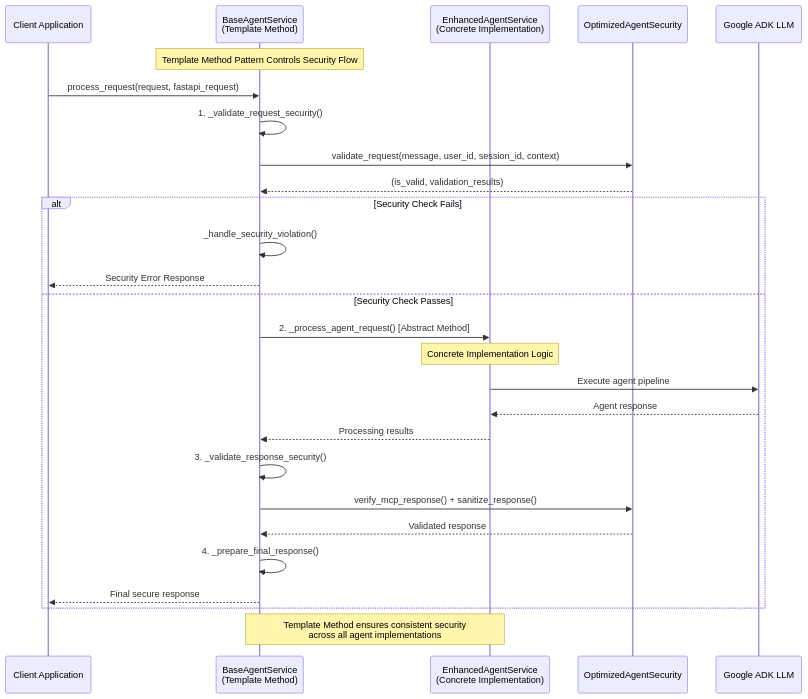
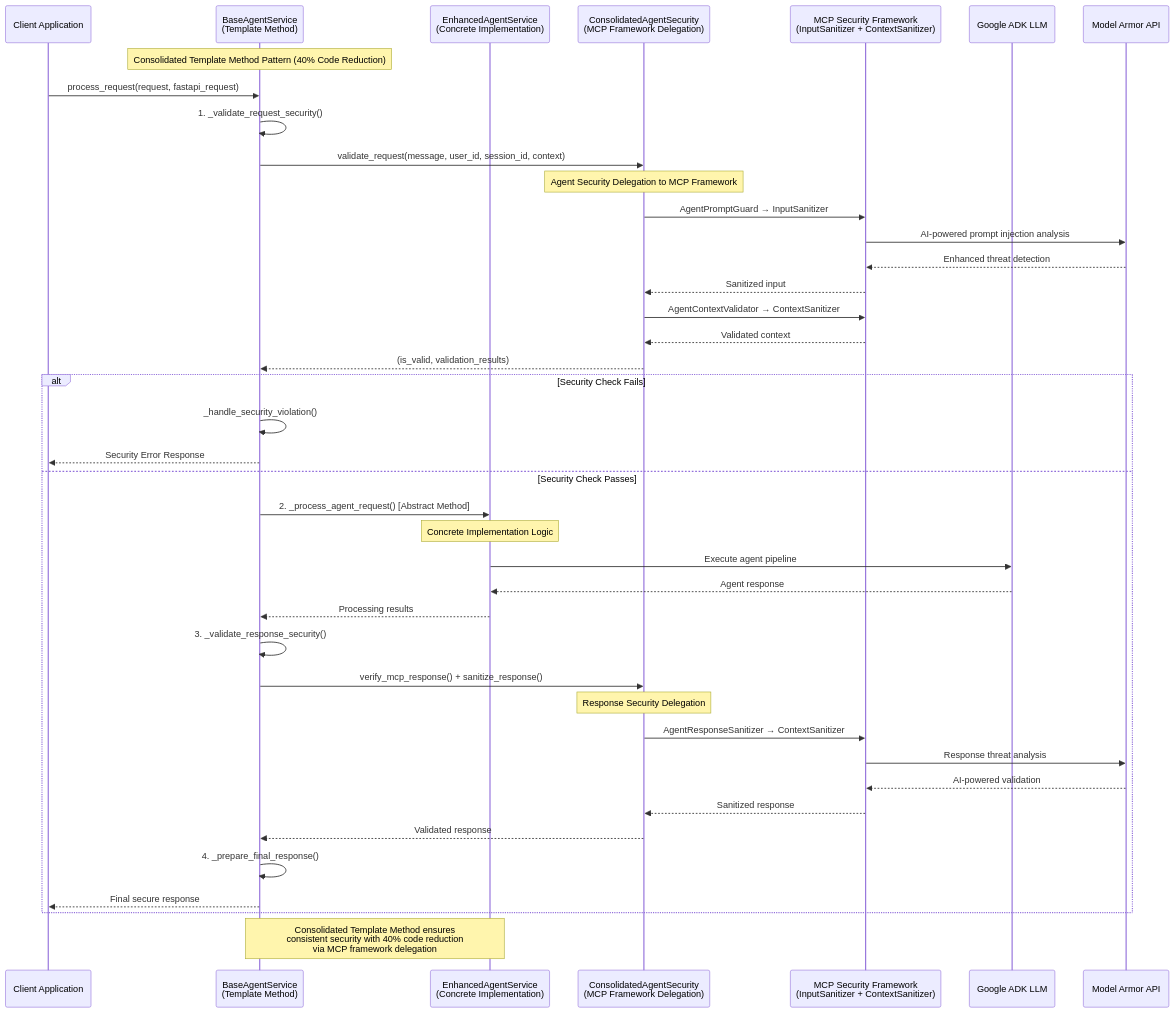
One commit to rnerurkar/mcp-implementation changed the second of 7 diagrams in ADK MCP/MCP_SEQUENCE_DIAGRAM.md. Above: the diagram before and after it, drawn with Mermaid. The commit also changed other lines of this file and 39 other files, not shown here.

````diff
--- a/ADK MCP/MCP_SEQUENCE_DIAGRAM.md
+++ b/ADK MCP/MCP_SEQUENCE_DIAGRAM.md
@@ -142,38 +157,57 @@
 ```mermaid
 sequenceDiagram
     participant Client as Client Application
     participant Template as BaseAgentService<br/>(Template Method)
     participant Concrete as EnhancedAgentService<br/>(Concrete Implementation)
-    participant Security as OptimizedAgentSecurity
+    participant Security as ConsolidatedAgentSecurity<br/>(MCP Framework Delegation)
+    participant MCPFramework as MCP Security Framework<br/>(InputSanitizer + ContextSanitizer)
     participant Agent as Google ADK LLM
+    participant ModelArmor as Model Armor API
 
-    Note over Template: Template Method Pattern Controls Security Flow
+    Note over Template: Consolidated Template Method Pattern (40% Code Reduction)
     
     Client->>Template: process_request(request, fastapi_request)
     
     %% Template Method Orchestration
     Template->>Template: 1. _validate_request_security()
     Template->>Security: validate_request(message, user_id, session_id, context)
+    
+    Note over Security: Agent Security Delegation to MCP Framework
+    Security->>MCPFramework: AgentPromptGuard → InputSanitizer
+    MCPFramework->>ModelArmor: AI-powered prompt injection analysis
+    ModelArmor-->>MCPFramework: Enhanced threat detection
+    MCPFramework-->>Security: Sanitized input
+    
+    Security->>MCPFramework: AgentContextValidator → ContextSanitizer
+    MCPFramework-->>Security: Validated context
+    
     Security-->>Template: (is_valid, validation_results)
     
     alt Security Check Fails
         Template->>Template: _handle_security_violation()
         Template-->>Client: Security Error Response
     else Security Check Passes
         Template->>Concrete: 2. _process_agent_request() [Abstract Method]
         
         Note over Concrete: Concrete Implementation Logic
         Concrete->>Agent: Execute agent pipeline
         Agent-->>Concrete: Agent response
         Concrete-->>Template: Processing results
         
         Template->>Template: 3. _validate_response_security()
         Template->>Security: verify_mcp_response() + sanitize_response()
+        
+        Note over Security: Response Security Delegation
+        Security->>MCPFramework: AgentResponseSanitizer → ContextSanitizer
+        MCPFramework->>ModelArmor: Response threat analysis
+        ModelArmor-->>MCPFramework: AI-powered validation
+        MCPFramework-->>Security: Sanitized response
+        
         Security-->>Template: Validated response
         
         Template->>Template: 4. _prepare_final_response()
         Template-->>Client: Final secure response
     end
     
-    Note over Template,Concrete: Template Method ensures consistent security<br/>across all agent implementations
+    Note over Template,Concrete: Consolidated Template Method ensures<br/>consistent security with 40% code reduction<br/>via MCP framework delegation
 ```
````
